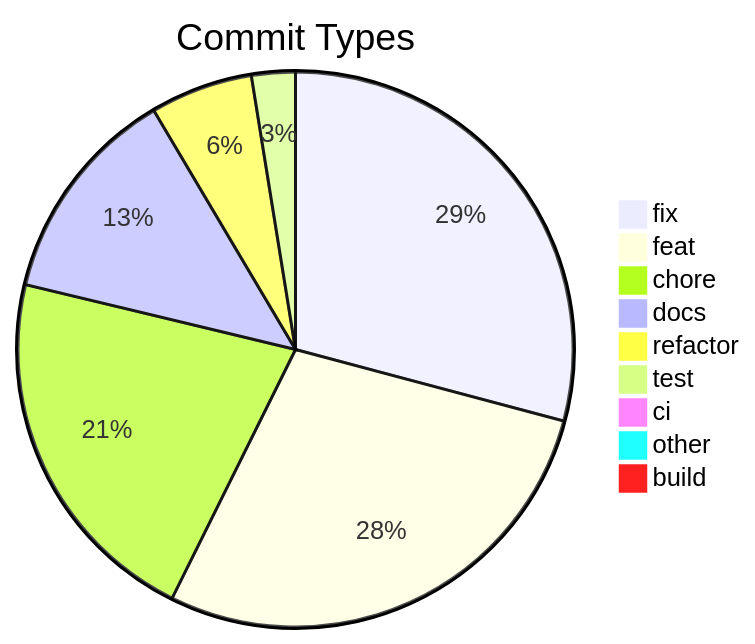
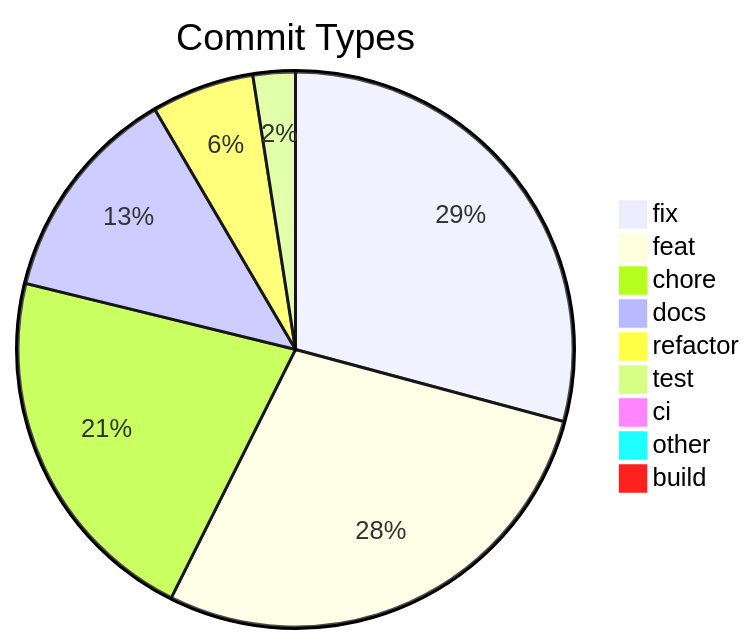
One commit to svenroth-ai/shipwright changed the diagram in .shipwright/compliance/change-history.md. Above: the diagram before and after it, drawn with Mermaid. The commit also changed other lines of this file and 16 other files, not shown here.

````diff
--- a/.shipwright/compliance/change-history.md
+++ b/.shipwright/compliance/change-history.md
@@ -8,12 +8,12 @@
 ```mermaid
 pie title Commit Types
     "fix" : 332
     "feat" : 321
     "chore" : 244
     "docs" : 145
     "refactor" : 68
-    "test" : 29
+    "test" : 28
     "ci" : 11
     "other" : 9
     "build" : 1
 ```
````
